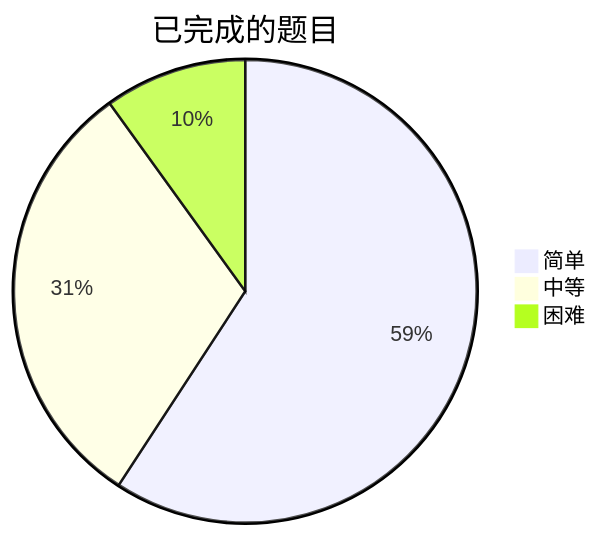
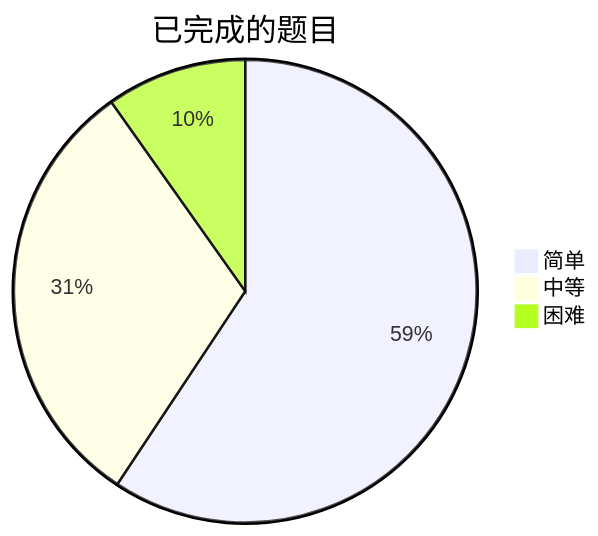
Before and after one commit to kaisa911/LeetCode: the diagram in README.md, drawn with Mermaid. The commit also changed other lines of this file and 1 other file, not shown here.

````diff
--- a/README.md
+++ b/README.md
@@ -12,7 +12,7 @@
 ```mermaid
 pie title 已完成的题目
-    "简单" : 119
-    "中等" : 62
+    "简单" : 121
+    "中等" : 63
     "困难" : 20
 
 ```
````
